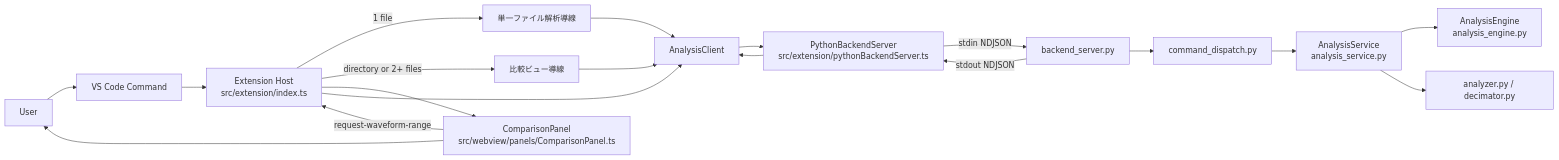
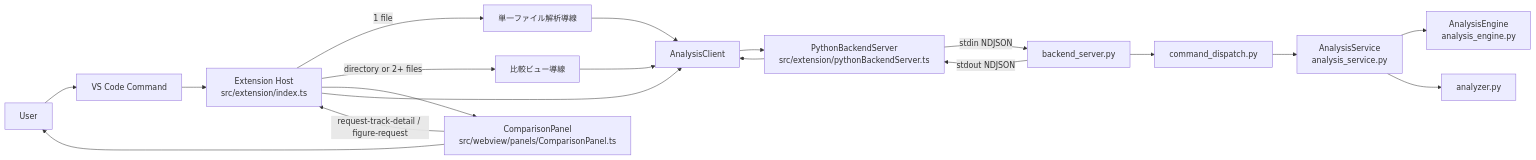
The first of 2 diagrams in docs/architecture.md (kasahart/audio-wandas-analyzer), drawn with Mermaid before and after one commit. The commit also changed other lines of this file and 609 other files, not shown here.

First line of the commit message:
Rebuild every figure in three layers (#805)

````diff
--- a/docs/architecture.md
+++ b/docs/architecture.md
@@ -96,23 +94,23 @@
 ```mermaid
 flowchart LR
   User[User] --> Command[VS Code Command]
   Command --> Extension[Extension Host\nsrc/extension/index.ts]
 
   Extension -->|1 file| Single[単一ファイル解析導線]
   Extension -->|directory or 2+ files| Compare[比較ビュー導線]
 
   Single --> Client[AnalysisClient]
   Compare --> Client
   Client --> Server[PythonBackendServer\nsrc/extension/pythonBackendServer.ts]
   Server -->|stdin NDJSON| Backend[backend_server.py]
   Backend --> Dispatch[command_dispatch.py]
   Dispatch --> Service[AnalysisService\nanalysis_service.py]
   Service --> Engine[AnalysisEngine\nanalysis_engine.py]
-  Service --> Analyzer[analyzer.py / decimator.py]
+  Service --> Analyzer[analyzer.py]
   Backend -->|stdout NDJSON| Server
   Server --> Client
   Extension --> Panel[ComparisonPanel\nsrc/webview/panels/ComparisonPanel.ts]
   Panel --> User
-  Panel -->|request-waveform-range| Extension
+  Panel -->|request-track-detail / figure-request| Extension
   Extension --> Client
 ```
````
